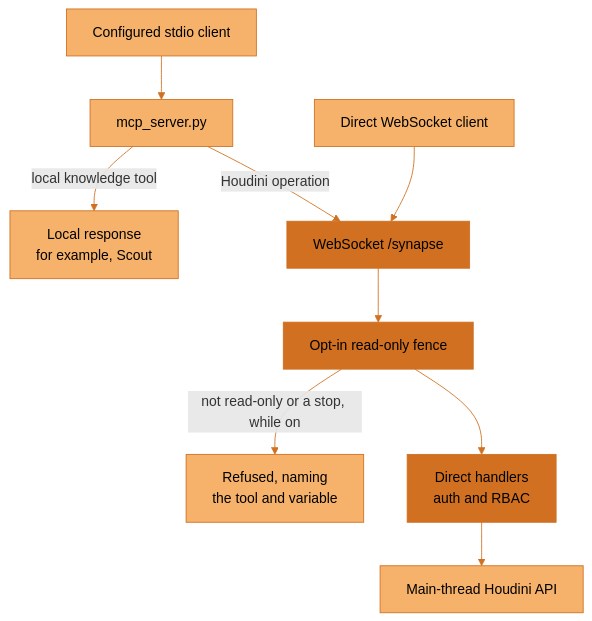
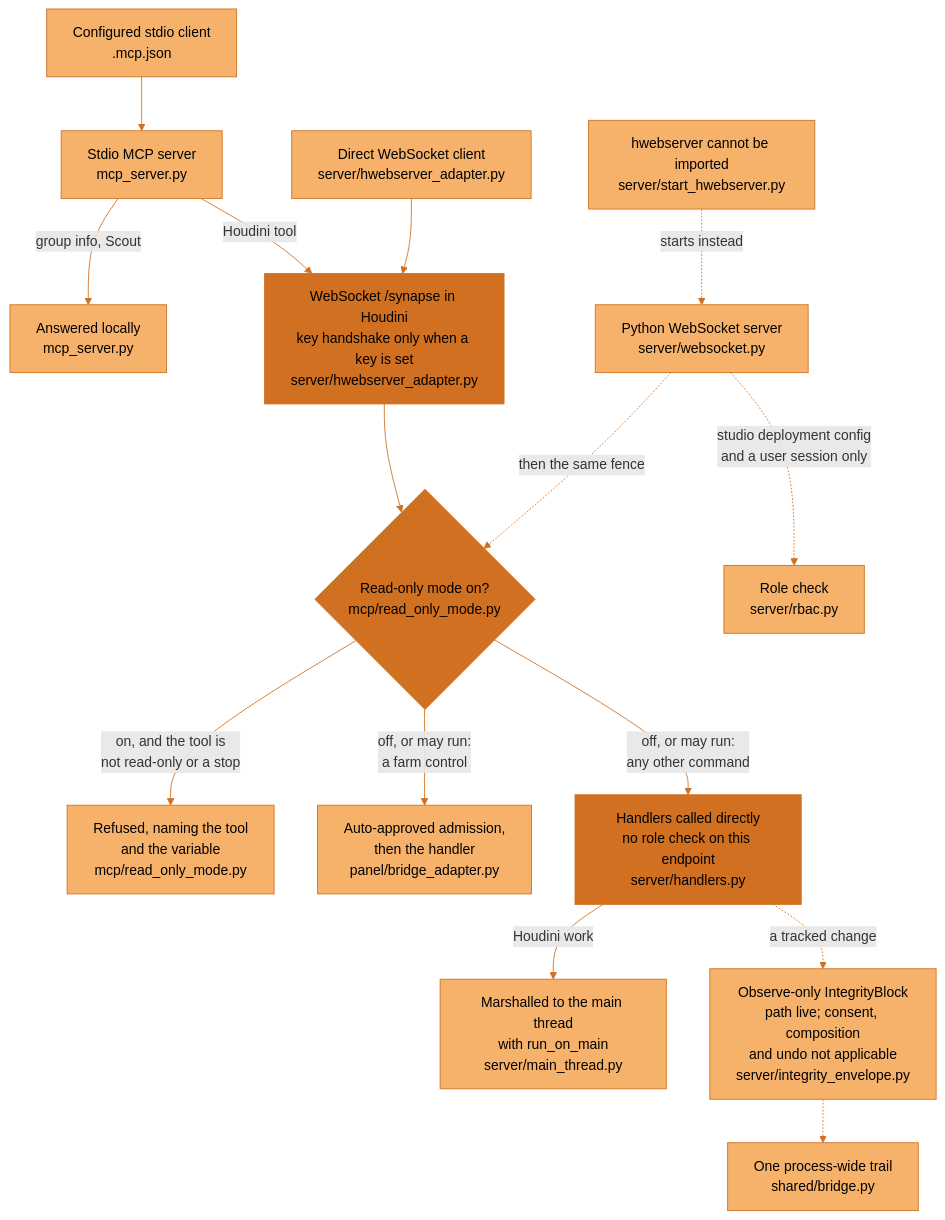
Before and after one commit to JosephOIbrahim/Synapse: the third of 12 diagrams in docs/architecture/overview.md, drawn with Mermaid. The commit also changed other lines of this file and 2 other files, not shown here.

First line of the commit message:
docs: ADHD-friendly README, the real seams in the diagrams, three v5.101.1 wording fixes

````diff
--- a/docs/architecture/overview.md
+++ b/docs/architecture/overview.md
@@ -102,17 +116,24 @@
 ```mermaid
 flowchart TD
-    accTitle: Stdio forwards Houdini operations over WebSocket
-    accDescr: The configured stdio MCP server handles local knowledge tools locally. It forwards Houdini operations over WebSocket to direct handlers, which do not use the HTTP execution bridge. When the opt-in read-only mode is on, a tool command that is neither read-only nor a stop control is refused before the handlers; protocol commands pass.
-    C["Configured stdio client"] --> A["mcp_server.py"]
-    A -->|"local knowledge tool"| L["Local response<br/>for example, Scout"]
-    A -->|"Houdini operation"| W["WebSocket /synapse"]
-    X["Direct WebSocket client"] --> W
-    W --> F["Opt-in read-only fence"]
-    F -->|"not read-only or a stop, while on"| N["Refused, naming<br/>the tool and variable"]
-    F --> H["Direct handlers<br/>auth and RBAC"]
-    H --> S["Main-thread Houdini API"]
+    accTitle: Stdio and WebSocket callers reach the handlers directly, without the execution bridge
+    accDescr: The configured stdio client starts mcp_server.py, which answers group-info and Scout tools locally and sends every Houdini tool over the WebSocket /synapse endpoint inside Houdini, which direct WebSocket clients also reach; the endpoint asks for a key only when one is set. When read-only mode is on, a tool command that is neither read-only nor a stop control is refused with a message naming the tool and the variable; protocol commands pass. Otherwise a farm control gets the bridge's auto-approving admission, then its handler. Every other command calls the handlers directly, with no role check on this endpoint. Handlers marshal their Houdini work to the main thread with run_on_main. A tracked change leaves an observe-only IntegrityBlock marked live, with consent, composition and undo recorded as not applicable, in the one process-wide bridge trail. Only when hwebserver cannot be imported does SYNAPSE start its Python WebSocket server instead; that server checks roles only when it is built with a studio deployment configuration and the client has a user session, then applies the same read-only fence before the same handlers.
+    C["Configured stdio client<br/>.mcp.json"] --> A["Stdio MCP server<br/>mcp_server.py"]
+    A -->|"group info, Scout"| L["Answered locally<br/>mcp_server.py"]
+    A -->|"Houdini tool"| W["WebSocket /synapse in Houdini<br/>key handshake only when a key is set<br/>server/hwebserver_adapter.py"]
+    X["Direct WebSocket client<br/>server/hwebserver_adapter.py"] --> W
+    W --> F{"Read-only mode on?<br/>mcp/read_only_mode.py"}
+    F -->|"on, and the tool is<br/>not read-only or a stop"| N["Refused, naming the tool<br/>and the variable<br/>mcp/read_only_mode.py"]
+    F -->|"off, or may run:<br/>a farm control"| FC["Auto-approved admission,<br/>then the handler<br/>panel/bridge_adapter.py"]
+    F -->|"off, or may run:<br/>any other command"| H["Handlers called directly<br/>no role check on this endpoint<br/>server/handlers.py"]
+    H -->|"Houdini work"| M["Marshalled to the main thread<br/>with run_on_main<br/>server/main_thread.py"]
+    H -.->|"a tracked change"| IE["Observe-only IntegrityBlock<br/>path live; consent, composition<br/>and undo not applicable<br/>server/integrity_envelope.py"]
+    IE -.-> T["One process-wide trail<br/>shared/bridge.py"]
+    FB["hwebserver cannot be imported<br/>server/start_hwebserver.py"] -.->|"starts instead"| WS["Python WebSocket server<br/>server/websocket.py"]
+    WS -.->|"studio deployment config<br/>and a user session only"| R["Role check<br/>server/rbac.py"]
+    WS -.->|"then the same fence"| F
     classDef default fill:#F6B26B,stroke:#D07020,color:#000000
+    classDef artist fill:#F6B26B,stroke:#D07020,color:#000000
     classDef synapse fill:#D07020,stroke:#D07020,color:#000000
     class W,F,H synapse
     linkStyle default stroke:#D07020
 ```
````
